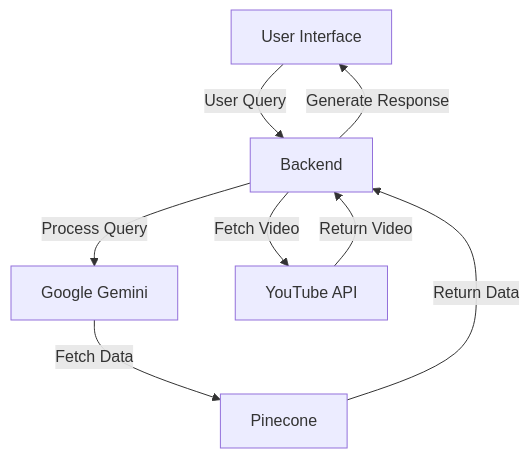
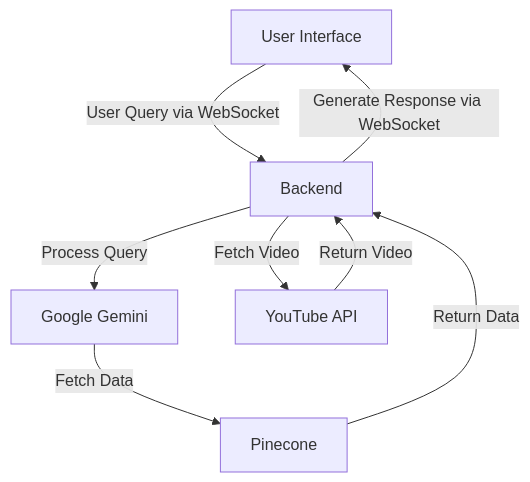
Before and after one commit to swhsiang/comfyui-tutorial-agent: the first of 2 diagrams in docs/tutor-agent-tech-design-doc.md, drawn with Mermaid. The commit also changed other lines of this file, not shown here.

````diff
--- a/docs/tutor-agent-tech-design-doc.md
+++ b/docs/tutor-agent-tech-design-doc.md
@@ -27,10 +28,10 @@
 ```mermaid
 flowchart TD
-    UI[User Interface] -->|User Query| Backend
+    UI[User Interface] -->|User Query via WebSocket| Backend
     Backend -->|Process Query| NLP[Google Gemini]
     NLP -->|Fetch Data| VectorDB[Pinecone]
     Backend -->|Fetch Video| YouTube[YouTube API]
     VectorDB -->|Return Data| Backend
     YouTube -->|Return Video| Backend
-    Backend -->|Generate Response| UI[User Interface]
+    Backend -->|Generate Response via WebSocket| UI[User Interface]
 ```
````
